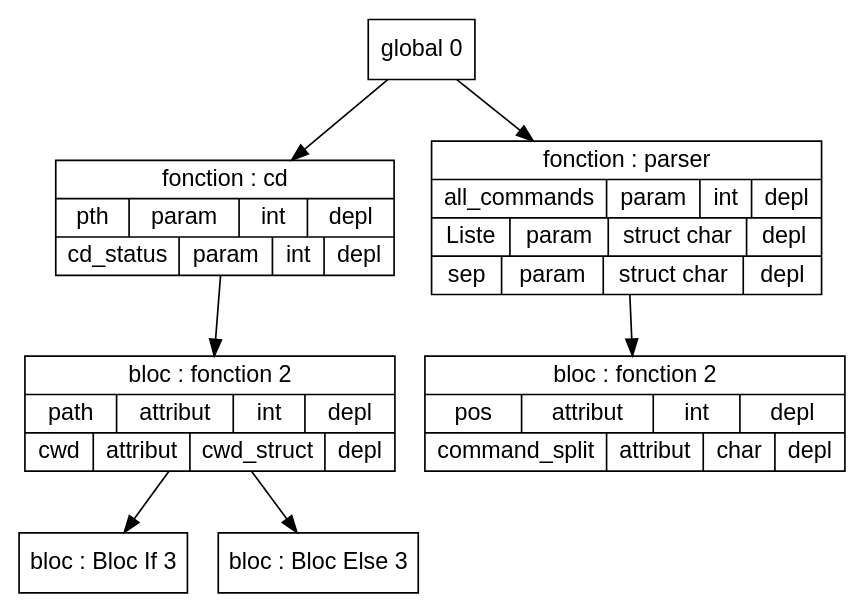
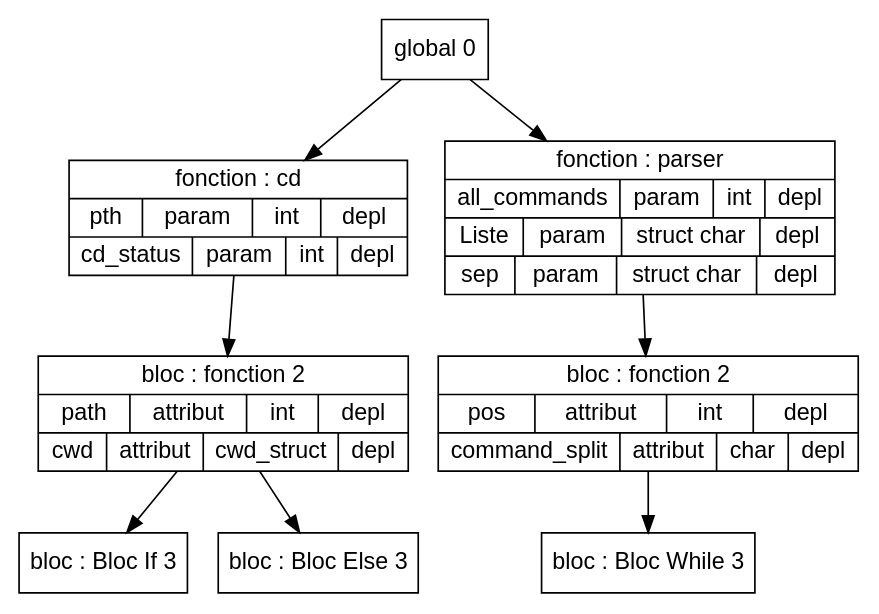
The diagram in Code/out/tds/dot/Test_Complet/test5.dot (Hamza-ABDOULHOUSSEN/compil), drawn with Graphviz before and after one commit. The commit also changed 36 other files, not shown here.

```diff
--- a/Code/out/tds/dot/Test_Complet/test5.dot
+++ b/Code/out/tds/dot/Test_Complet/test5.dot
@@ -1,42 +1,46 @@
 digraph "tds"{
 
 	node [fontname="Arial"];
 
 	N3 [shape=record label="{ bloc : Bloc If  3
 	}"];
 
 	N4 [shape=record label="{ bloc : Bloc Else  3
 	}"];
 
 	N2 [shape=record label="{ bloc : fonction  2
 	| { path | attribut | int | depl }
 	| { cwd | attribut | cwd_struct | depl }
 	}"];
 
 	N1 [shape=record label="{ fonction : cd
 	| { pth | param | int | depl }
 	| { cd_status | param | int | depl }
+	}"];
+
+	N7 [shape=record label="{ bloc : Bloc While  3
 	}"];
 
 	N6 [shape=record label="{ bloc : fonction  2
 	| { pos | attribut | int | depl }
 	| { command_split | attribut | char | depl }
 	}"];
 
 	N5 [shape=record label="{ fonction : parser
 	| { all_commands | param | int | depl }
 	| { Liste | param | struct char | depl }
 	| { sep | param | struct char | depl }
 	}"];
 
 	N0 [shape=record label="{ global 0
 	}"];
 
 
 	N0 -> N1; 
 	N1 -> N2; 
 	N2 -> N3; 
 	N2 -> N4; 
 	N0 -> N5; 
 	N5 -> N6; 
+	N6 -> N7; 
 }
```
